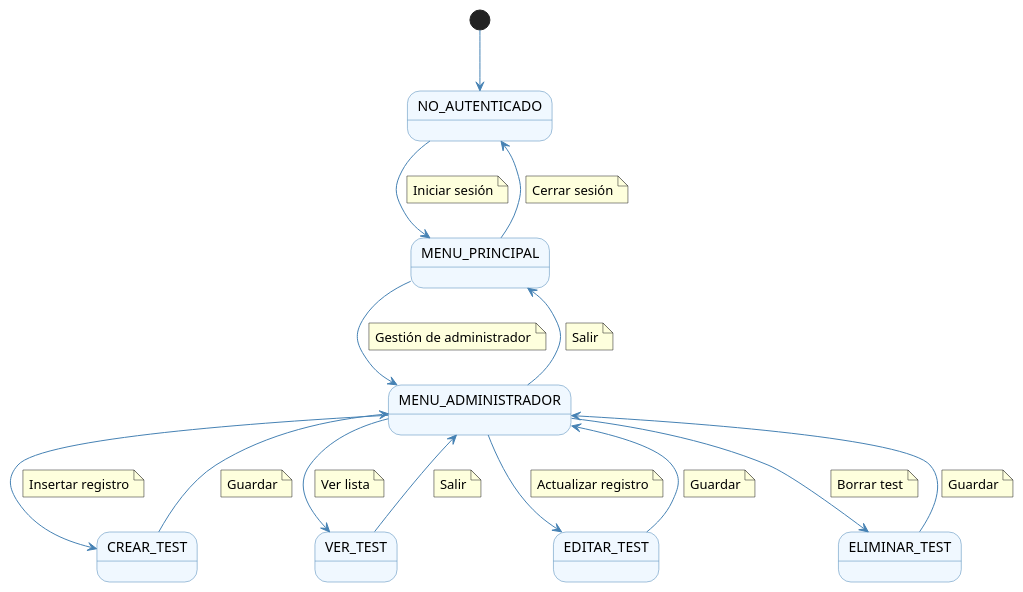
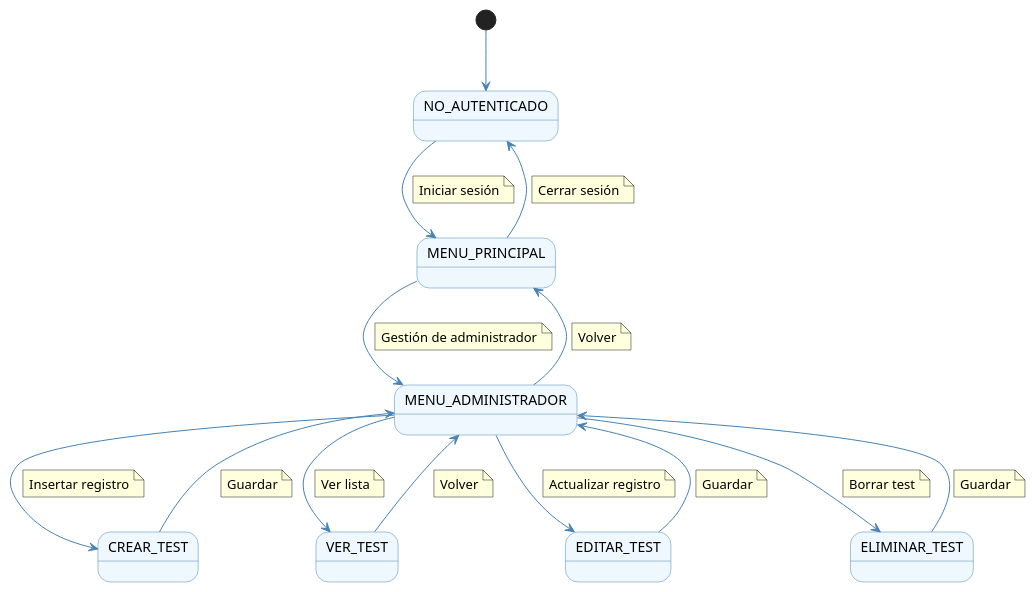
The diagram in casos_de_uso/diagramas_de_contexto/diagrama_contexto_administrador_tests.puml (Dievex/24-25-IdSw1-SDR), drawn with PlantUML before and after one commit. The commit also changed 13 other files, not shown here.

Commit message:
fix(context-diagrams): replace "Salir" with "Volver" in all context diagrams

```diff
--- a/casos_de_uso/diagramas_de_contexto/diagrama_contexto_administrador_tests.puml
+++ b/casos_de_uso/diagramas_de_contexto/diagrama_contexto_administrador_tests.puml
@@ -1,83 +1,83 @@
 @startuml
 
 skinparam {
     StateFontSize 14
     StateFontColor black
     StateBackgroundColor #f0f8ff
     StateBorderColor #4682b4
     ArrowColor #4682b4
     ArrowFontColor #191970
     ArrowFontSize 12
 }
 
 state "NO_AUTENTICADO" as NoAuth
 state "MENU_PRINCIPAL" as Menu
 state "MENU_ADMINISTRADOR" as Menu_administrador
 state "CREAR_TEST" as Crear_test
 state "VER_TEST" as Ver_test
 state "EDITAR_TEST" as Editar_test
 state "ELIMINAR_TEST" as Eliminar_test
 
 [*] --> NoAuth
 
 NoAuth --> Menu
     note on link
         Iniciar sesión
     end note
 
 Menu --> NoAuth
     note on link
         Cerrar sesión
     end note
 
 Menu --> Menu_administrador
     note on link
         Gestión de administrador
     end note
 
 Menu_administrador --> Menu
     note on link
-        Salir
+        Volver
     end note
 
 Menu_administrador --> Crear_test
     note on link
         Insertar registro
     end note
 
 Crear_test --> Menu_administrador
     note on link
         Guardar
     end note
 
 Menu_administrador --> Editar_test
     note on link
         Actualizar registro
     end note
 
 Editar_test --> Menu_administrador
     note on link
         Guardar
     end note
 
 Menu_administrador --> Ver_test
     note on link
         Ver lista
     end note
 
 Ver_test --> Menu_administrador
     note on link
-        Salir
+        Volver
     end note
 
 Menu_administrador --> Eliminar_test
     note on link
         Borrar test
     end note
 
 Eliminar_test --> Menu_administrador
     note on link
         Guardar
     end note
 
 @enduml
```
